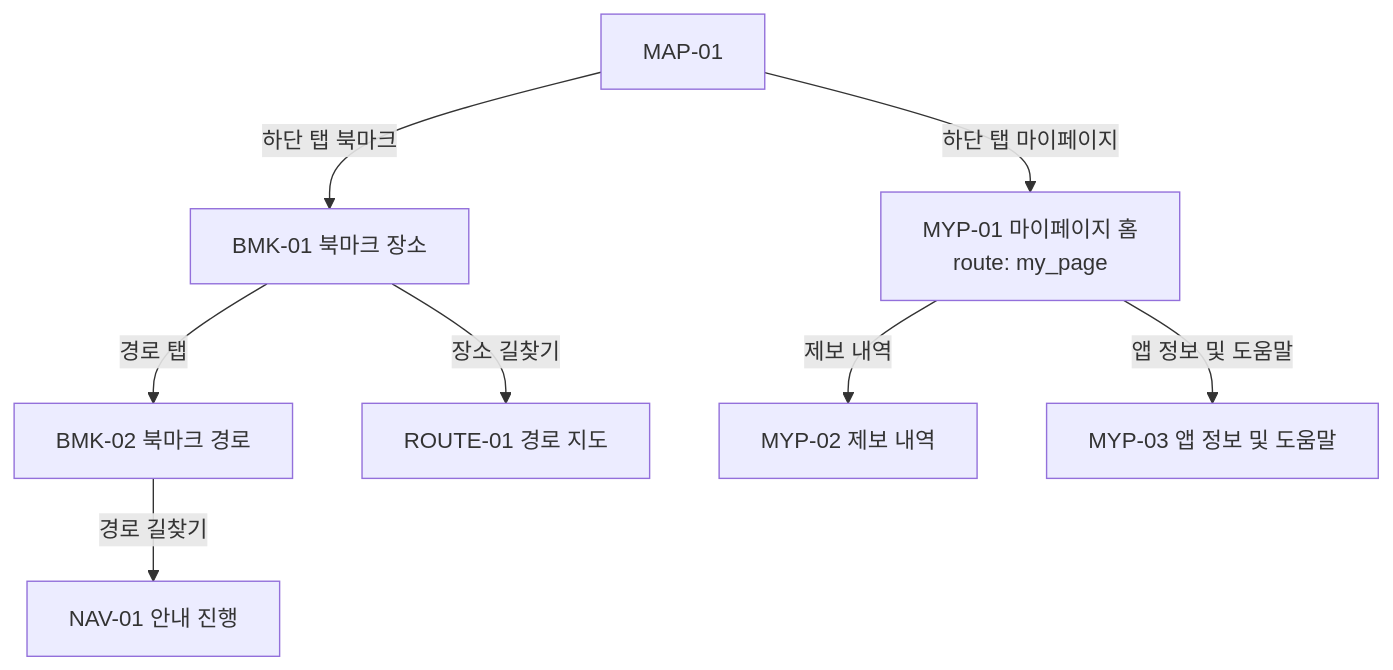
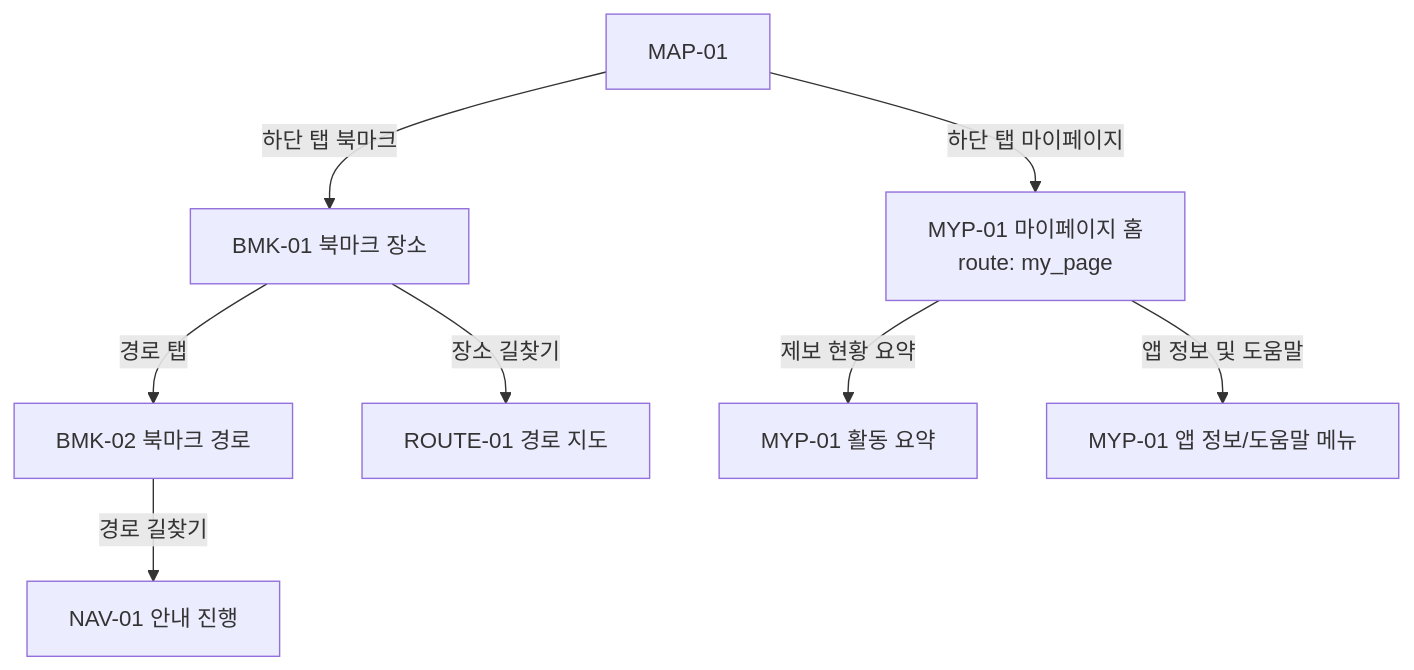
The fourth of 5 diagrams in FE/docs/2026-04-22_부산이음길_FE_화면_인벤토리_및_라우트_맵.md (busaneumgil/busaneumgil), drawn with Mermaid before and after one commit. The commit also changed other lines of this file and 3 other files, not shown here.

````diff
--- a/FE/docs/2026-04-22_부산이음길_FE_화면_인벤토리_및_라우트_맵.md
+++ b/FE/docs/2026-04-22_부산이음길_FE_화면_인벤토리_및_라우트_맵.md
@@ -595,10 +595,10 @@
 ```mermaid
 flowchart TD
     A["MAP-01"] -->|하단 탭 마이페이지| B["MYP-01 마이페이지 홈<br/>route: my_page"]
     A -->|하단 탭 북마크| C["BMK-01 북마크 장소"]
     C -->|경로 탭| D["BMK-02 북마크 경로"]
     C -->|장소 길찾기| E["ROUTE-01 경로 지도"]
     D -->|경로 길찾기| F["NAV-01 안내 진행"]
-    B -->|제보 내역| G["MYP-02 제보 내역"]
-    B -->|앱 정보 및 도움말| H["MYP-03 앱 정보 및 도움말"]
+    B -->|제보 현황 요약| G["MYP-01 활동 요약"]
+    B -->|앱 정보 및 도움말| H["MYP-01 앱 정보/도움말 메뉴"]
 ```
````
